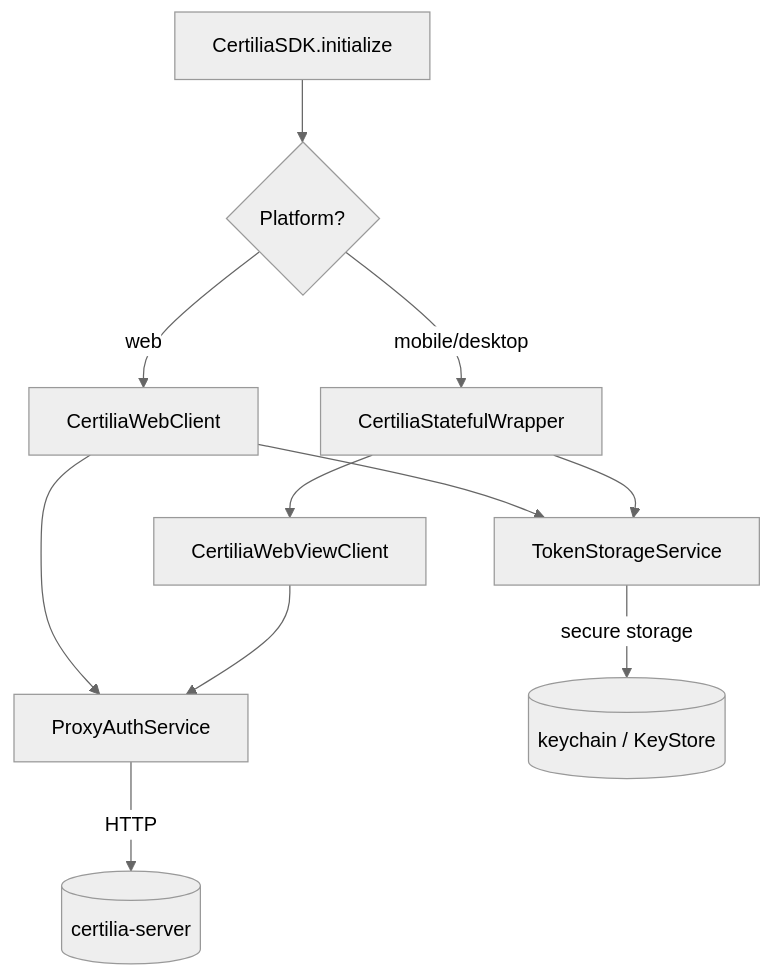
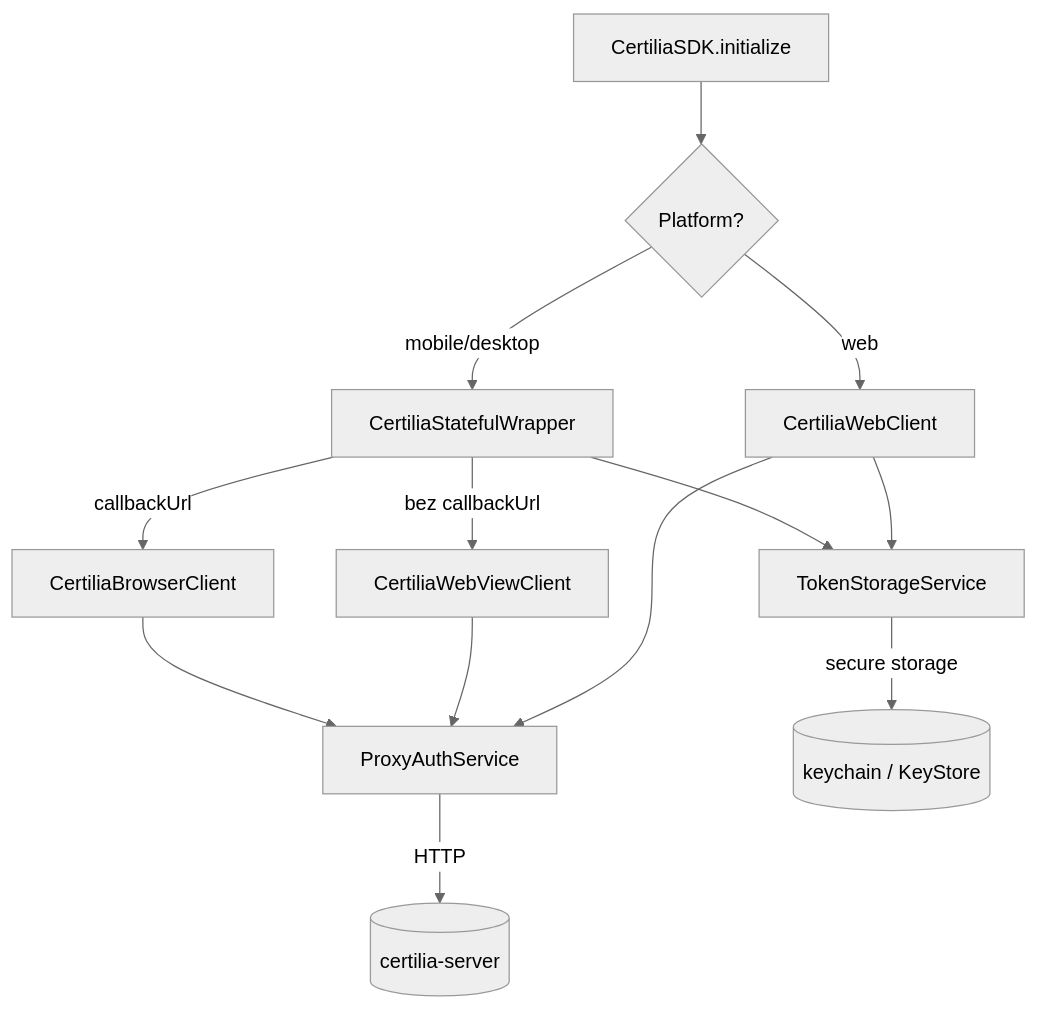
The second of 2 diagrams in CLAUDE.md (stepanic/flutter_certilia), drawn with Mermaid (neutral theme) before and after one commit. The commit also changed other lines of this file and 3 other files, not shown here.

First line of the commit message:
docs: login flows, verified Certilia constraints, revised abandoned-approaches table

````diff
--- a/CLAUDE.md
+++ b/CLAUDE.md
@@ -95,13 +125,15 @@
 ```mermaid
 flowchart TD
     SDK[CertiliaSDK.initialize] --> F{Platform?}
     F -->|web| WC[CertiliaWebClient]
     F -->|mobile/desktop| SW[CertiliaStatefulWrapper]
-    SW --> WV[CertiliaWebViewClient]
+    SW -->|bez callbackUrl| WV[CertiliaWebViewClient]
+    SW -->|callbackUrl| BC[CertiliaBrowserClient]
     WC --> PAS[ProxyAuthService]
     WV --> PAS
+    BC --> PAS
     WC --> TSS[TokenStorageService]
     SW --> TSS
     PAS -->|HTTP| Proxy[(certilia-server)]
     TSS -->|secure storage| Native[(keychain / KeyStore)]
 ```
````
